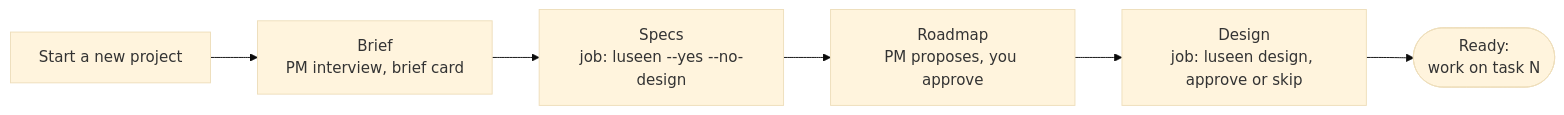
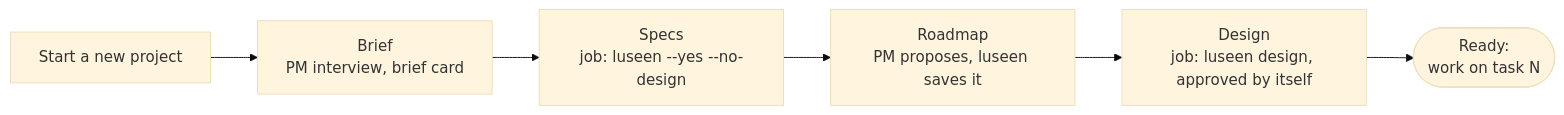
The fourth of 9 diagrams in GUI_FLOW.md (Hayko97/cclinic), drawn with Mermaid (base theme) before and after one commit. The commit also changed other lines of this file and 45 other files, not shown here.

````diff
--- a/GUI_FLOW.md
+++ b/GUI_FLOW.md
@@ -93,4 +93,4 @@
 ```mermaid
 flowchart LR
-    S[Start a new project] --> B[Brief<br/>PM interview, brief card] --> P[Specs<br/>job: luseen --yes --no-design] --> R[Roadmap<br/>PM proposes, you approve] --> D[Design<br/>job: luseen design, approve or skip] --> Y([Ready:<br/>work on task N])
+    S[Start a new project] --> B[Brief<br/>PM interview, brief card] --> P[Specs<br/>job: luseen --yes --no-design] --> R[Roadmap<br/>PM proposes, luseen saves it] --> D[Design<br/>job: luseen design, approved by itself] --> Y([Ready:<br/>work on task N])
 ```
````
